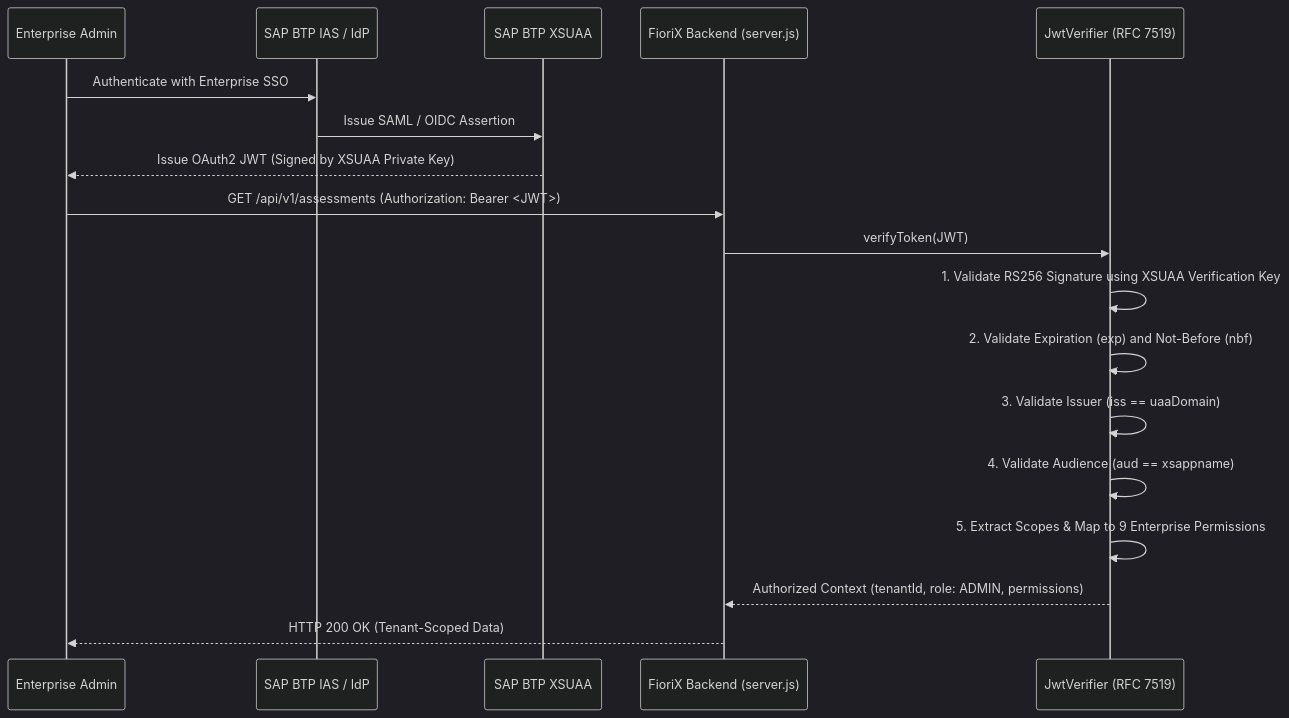
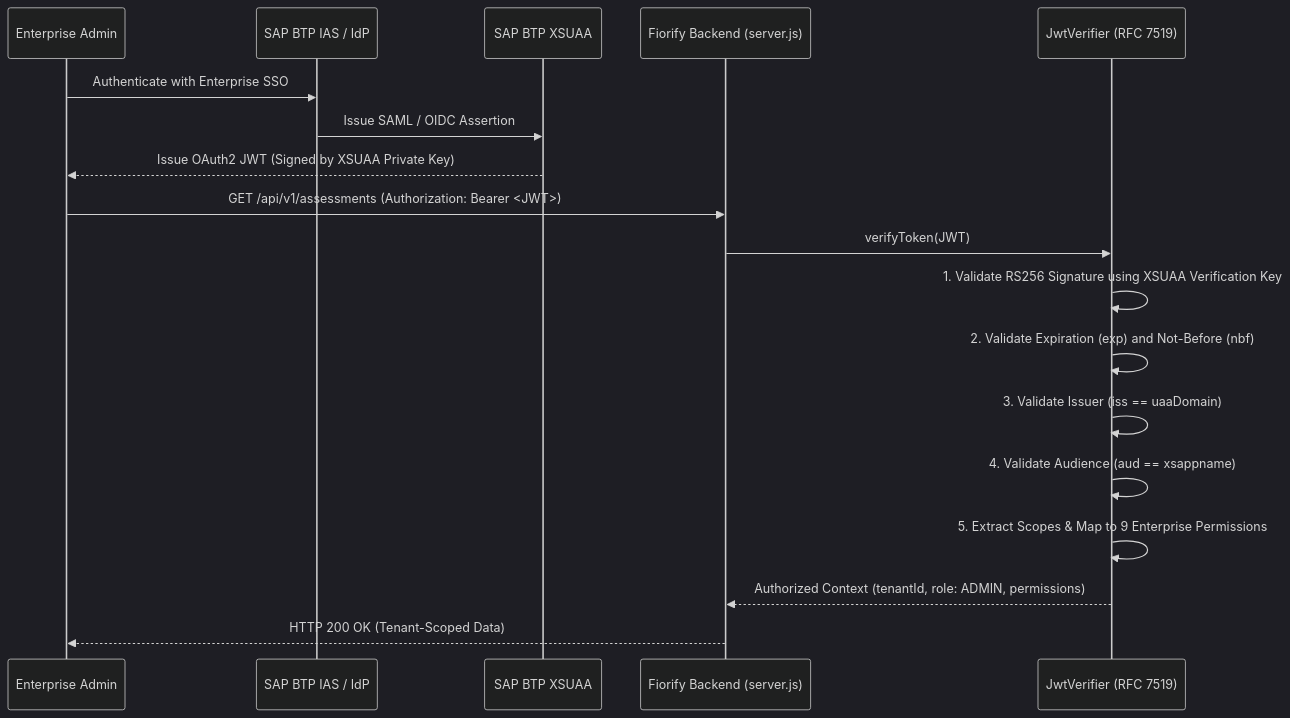
The diagram in docs/foundation/FIORIX_XSUAA_PRODUCTION_READINESS.md (samarth092005/Firorix), drawn with Mermaid (dark theme) before and after one commit. The commit also changed other lines of this file and 395 other files, not shown here.

````diff
--- a/docs/foundation/FIORIX_XSUAA_PRODUCTION_READINESS.md
+++ b/docs/foundation/FIORIX_XSUAA_PRODUCTION_READINESS.md
@@ -65,21 +65,21 @@
 ```mermaid
 sequenceDiagram
     participant User as Enterprise Admin
     participant IdP as SAP BTP IAS / IdP
     participant XSUAA as SAP BTP XSUAA
-    participant App as FioriX Backend (server.js)
+    participant App as Fiorify Backend (server.js)
     participant Verifier as JwtVerifier (RFC 7519)
 
     User->>IdP: Authenticate with Enterprise SSO
     IdP->>XSUAA: Issue SAML / OIDC Assertion
     XSUAA-->>User: Issue OAuth2 JWT (Signed by XSUAA Private Key)
     User->>App: GET /api/v1/assessments (Authorization: Bearer <JWT>)
     App->>Verifier: verifyToken(JWT)
     Verifier->>Verifier: 1. Validate RS256 Signature using XSUAA Verification Key
     Verifier->>Verifier: 2. Validate Expiration (exp) and Not-Before (nbf)
     Verifier->>Verifier: 3. Validate Issuer (iss == uaaDomain)
     Verifier->>Verifier: 4. Validate Audience (aud == xsappname)
     Verifier->>Verifier: 5. Extract Scopes & Map to 9 Enterprise Permissions
     Verifier-->>App: Authorized Context (tenantId, role: ADMIN, permissions)
     App-->>User: HTTP 200 OK (Tenant-Scoped Data)
 ```
````
